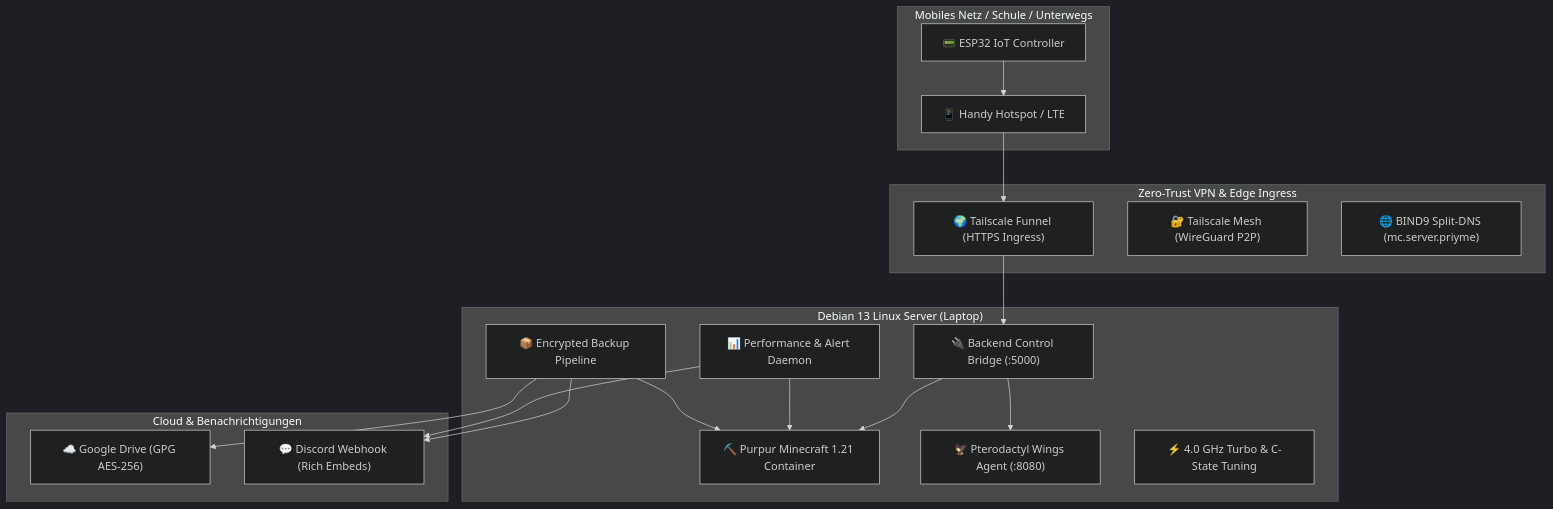
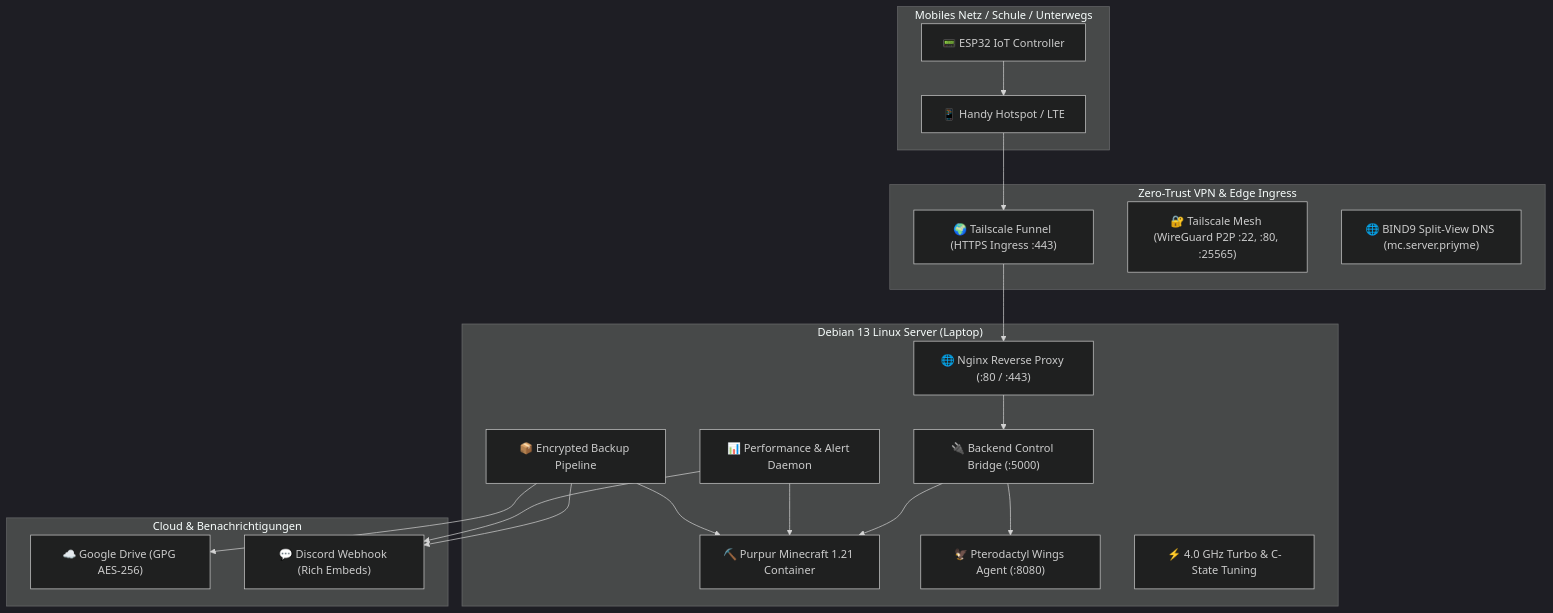
The diagram in README.md (PrIyme2/minecraft-iot-server), drawn with Mermaid (dark theme) before and after one commit. The commit also changed other lines of this file, not shown here.

````diff
--- a/README.md
+++ b/README.md
@@ -18,38 +19,40 @@
 ```mermaid
 graph TD
     subgraph Mobile ["Mobiles Netz / Schule / Unterwegs"]
         ESP["📟 ESP32 IoT Controller"]
         Hotspot["📱 Handy Hotspot / LTE"]
         ESP --> Hotspot
     end
 
     subgraph Mesh ["Zero-Trust VPN & Edge Ingress"]
-        Funnel["🌍 Tailscale Funnel (HTTPS Ingress)"]
-        MeshVPN["🔐 Tailscale Mesh (WireGuard P2P)"]
-        SplitDNS["🌐 BIND9 Split-DNS (mc.server.priyme)"]
+        Funnel["🌍 Tailscale Funnel (HTTPS Ingress :443)"]
+        MeshVPN["🔐 Tailscale Mesh (WireGuard P2P :22, :80, :25565)"]
+        SplitDNS["🌐 BIND9 Split-View DNS (mc.server.priyme)"]
         Hotspot --> Funnel
     end
 
     subgraph ServerHost ["Debian 13 Linux Server (Laptop)"]
+        Nginx["🌐 Nginx Reverse Proxy (:80 / :443)"]
         Bridge["🔌 Backend Control Bridge (:5000)"]
         DockerMC["⛏️ Purpur Minecraft 1.21 Container"]
         Agent["🦅 Pterodactyl Wings Agent (:8080)"]
         Monitor["📊 Performance & Alert Daemon"]
         Backup["📦 Encrypted Backup Pipeline"]
         CPULock["⚡ 4.0 GHz Turbo & C-State Tuning"]
 
-        Funnel --> Bridge
+        Funnel --> Nginx
+        Nginx --> Bridge
         Bridge --> Agent
         Bridge --> DockerMC
         Monitor --> DockerMC
         Backup --> DockerMC
     end
 
     subgraph CloudServices ["Cloud & Benachrichtigungen"]
         GDrive["☁️ Google Drive (GPG AES-256)"]
         Discord["💬 Discord Webhook (Rich Embeds)"]
         Backup --> GDrive
         Backup --> Discord
         Monitor --> Discord
     end
 ```
````
